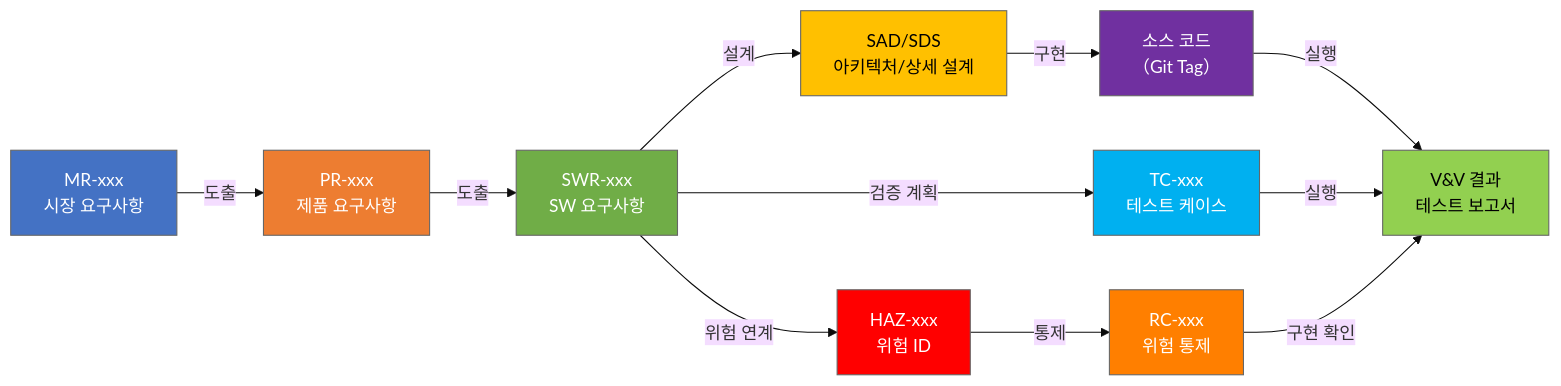
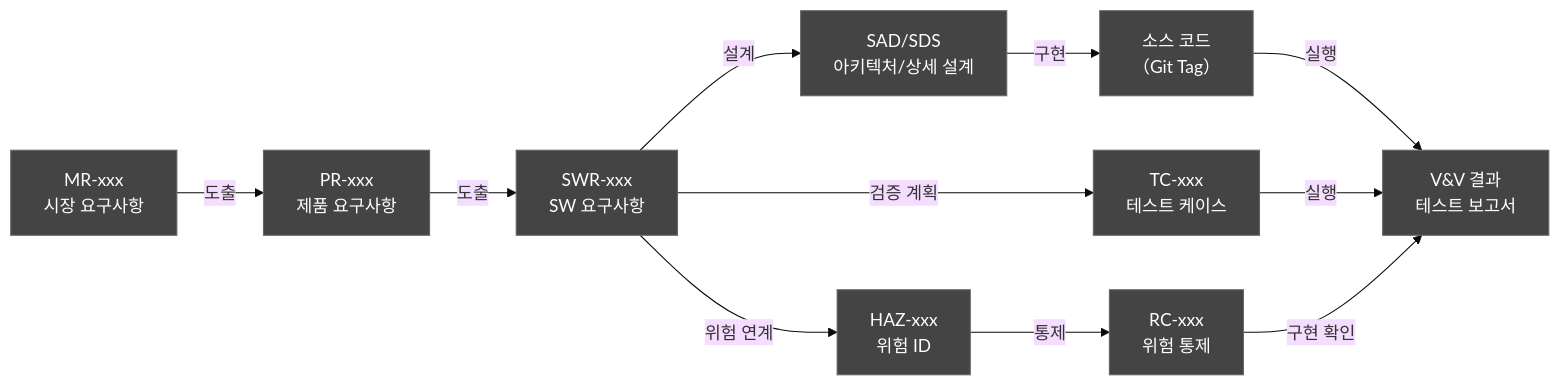
The fifth of 13 diagrams in docs/management/DOC-003_SW_Development_Guideline_v1.0.md (holee9/console-gui), drawn with Mermaid (base theme) before and after one commit. The commit also changed other lines of this file and 35 other files, not shown here.

First line of the commit message:
fix: 전체 Mermaid 차트 색상 진한 회색 통일

````diff
--- a/docs/management/DOC-003_SW_Development_Guideline_v1.0.md
+++ b/docs/management/DOC-003_SW_Development_Guideline_v1.0.md
@@ -439,24 +439,24 @@
 ```mermaid
 flowchart LR
     classDef default fill:#444,stroke:#666,color:#fff
     MR["MR-xxx<br/>시장 요구사항"] -->|도출| PR["PR-xxx<br/>제품 요구사항"]
     PR -->|도출| SWR["SWR-xxx<br/>SW 요구사항"]
     SWR -->|설계| SAD["SAD/SDS<br/>아키텍처/상세 설계"]
     SAD -->|구현| CODE["소스 코드<br/>（Git Tag）"]
     SWR -->|검증 계획| TC["TC-xxx<br/>테스트 케이스"]
     CODE -->|실행| VR["V&V 결과<br/>테스트 보고서"]
     TC -->|실행| VR
     SWR -->|위험 연계| HAZ["HAZ-xxx<br/>위험 ID"]
     HAZ -->|통제| RC["RC-xxx<br/>위험 통제"]
     RC -->|구현 확인| VR
 
-    style MR fill:#4472C4,color:#fff
-    style PR fill:#ED7D31,color:#fff
-    style SWR fill:#70AD47,color:#fff
-    style SAD fill:#FFC000,color:#000
-    style CODE fill:#7030A0,color:#fff
-    style TC fill:#00B0F0,color:#fff
-    style VR fill:#92D050,color:#000
-    style HAZ fill:#FF0000,color:#fff
-    style RC fill:#FF7F00,color:#fff
+    style MR fill:#444,color:#fff
+    style PR fill:#444,color:#fff
+    style SWR fill:#444,color:#fff
+    style SAD fill:#444,color:#fff
+    style CODE fill:#444,color:#fff
+    style TC fill:#444,color:#fff
+    style VR fill:#444,color:#fff
+    style HAZ fill:#444,color:#fff
+    style RC fill:#444,color:#fff
 ```
````
